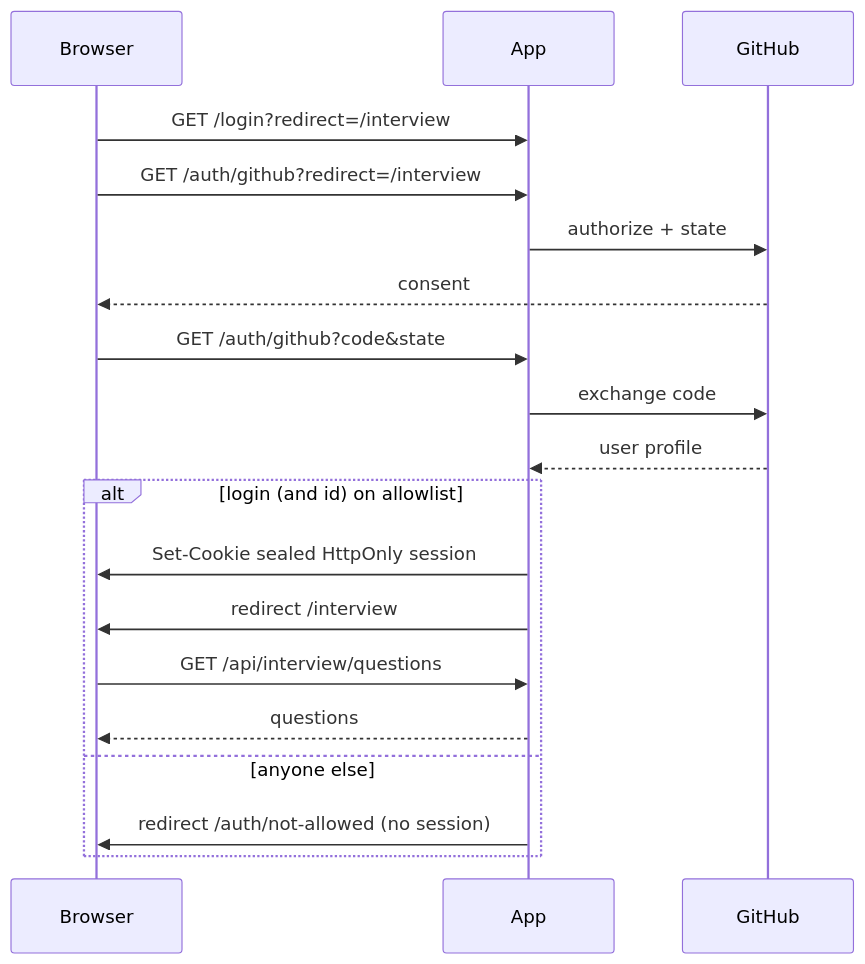
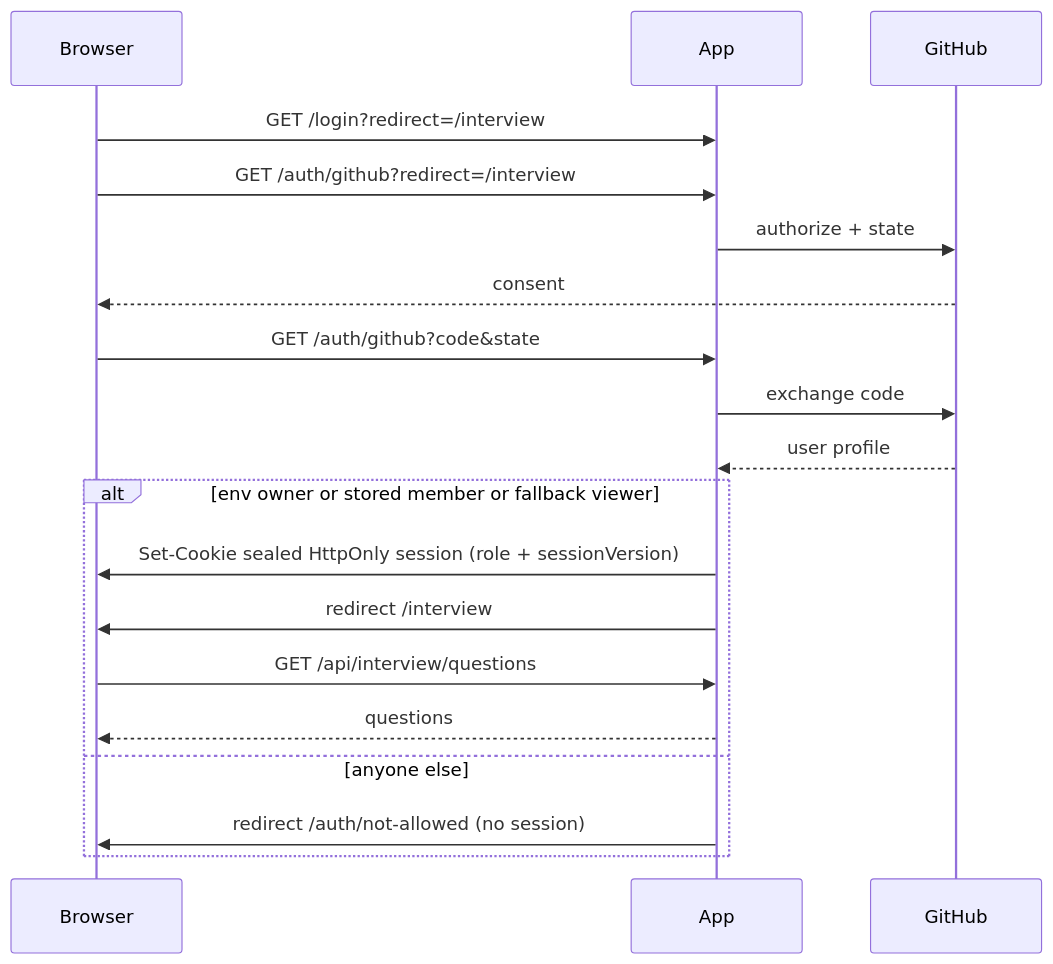
One commit to parker2808/interview-senior-fe changed the third of 4 diagrams in README.md. Above: the diagram before and after it, drawn with Mermaid. The commit also changed other lines of this file and 62 other files, not shown here.

First line of the commit message:
Add owner-only Access/Sharing admin with roles and share links

````diff
--- a/README.md
+++ b/README.md
@@ -146,21 +166,21 @@
 ```mermaid
 sequenceDiagram
   participant Browser
   participant App
   participant GitHub
   Browser->>App: GET /login?redirect=/interview
   Browser->>App: GET /auth/github?redirect=/interview
   App->>GitHub: authorize + state
   GitHub-->>Browser: consent
   Browser->>App: GET /auth/github?code&state
   App->>GitHub: exchange code
   GitHub-->>App: user profile
-  alt login (and id) on allowlist
-    App->>Browser: Set-Cookie sealed HttpOnly session
+  alt env owner or stored member or fallback viewer
+    App->>Browser: Set-Cookie sealed HttpOnly session (role + sessionVersion)
     App->>Browser: redirect /interview
     Browser->>App: GET /api/interview/questions
     App-->>Browser: questions
   else anyone else
     App->>Browser: redirect /auth/not-allowed (no session)
   end
 ```
````
